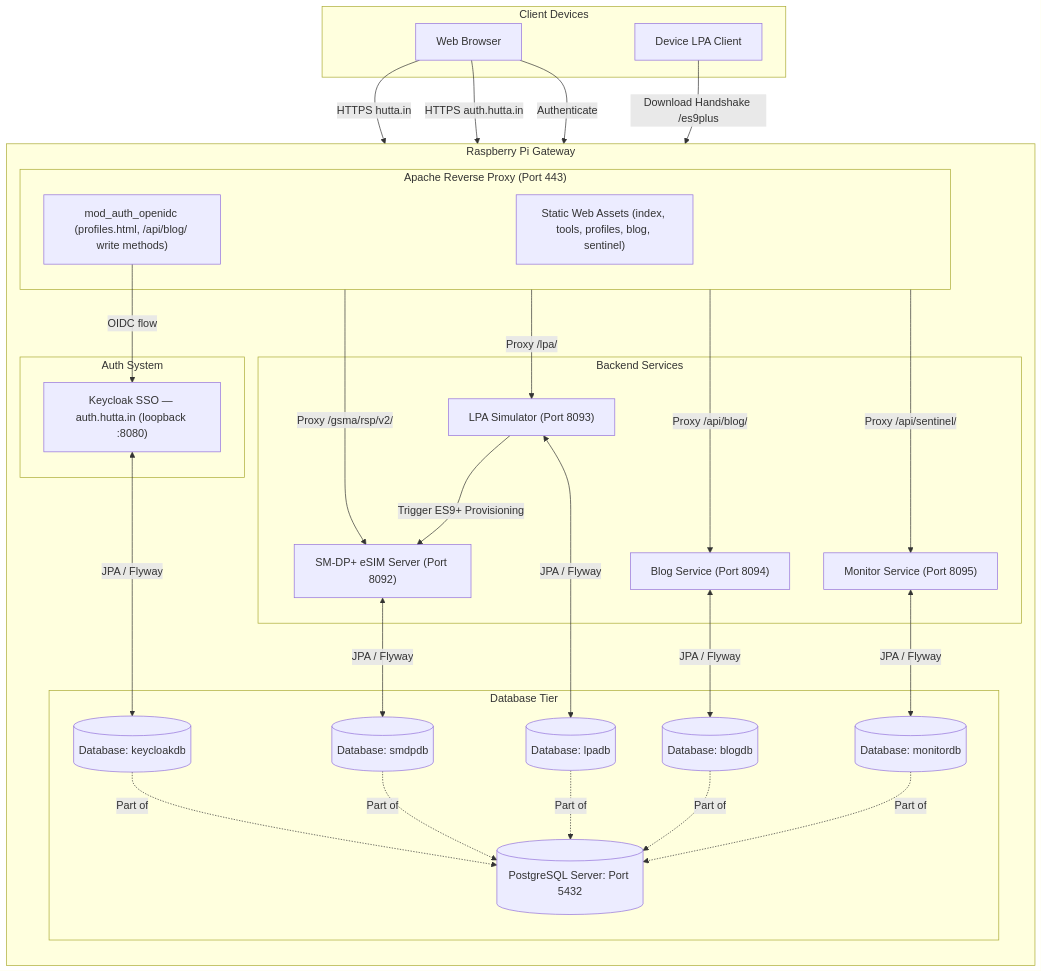
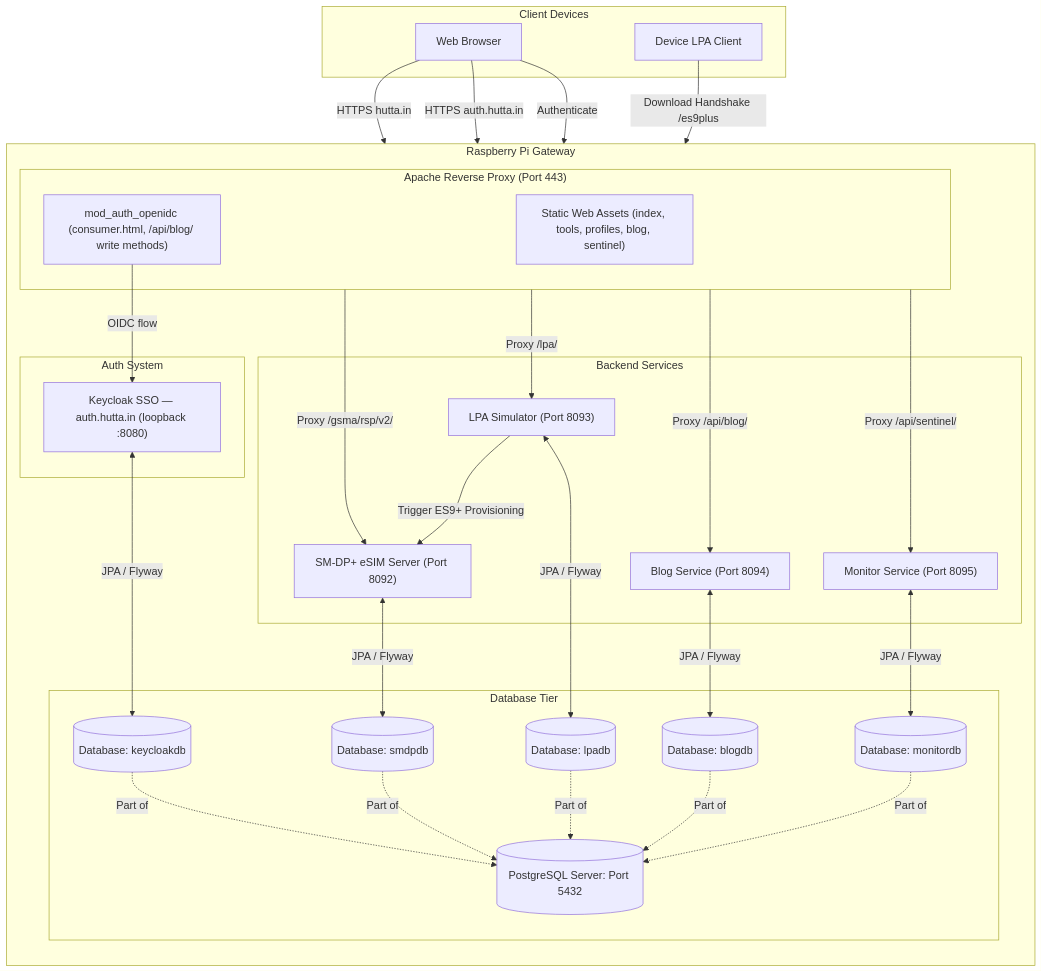
One commit to muku3011/website changed the third of 5 diagrams in README.md. Above: the diagram before and after it, drawn with Mermaid. The commit also changed other lines of this file and 11 other files, not shown here.

Commit message:
refactor: rename profiles.html to consumer.html and apply references globally

````diff
--- a/README.md
+++ b/README.md
@@ -72,63 +72,63 @@
 ```mermaid
 flowchart TD
     subgraph Client ["Client Devices"]
         Browser["Web Browser"]
         LPA_Client["Device LPA Client"]
     end
 
     subgraph RPi ["Raspberry Pi Gateway"]
         direction TB
         subgraph Proxy ["Apache Reverse Proxy (Port 443)"]
             Static["Static Web Assets (index, tools, profiles, blog, sentinel)"]
-            OIDC["mod_auth_openidc (profiles.html, /api/blog/ write methods)"]
+            OIDC["mod_auth_openidc (consumer.html, /api/blog/ write methods)"]
         end
 
         subgraph Auth ["Auth System"]
             Keycloak["Keycloak SSO — auth.hutta.in (loopback :8080)"]
         end
 
         subgraph Backend ["Backend Services"]
             SMDP["SM-DP+ eSIM Server (Port 8092)"]
             LPA_Sim["LPA Simulator (Port 8093)"]
             BlogService["Blog Service (Port 8094)"]
             MonitorService["Monitor Service (Port 8095)"]
         end
 
         subgraph DB ["Database Tier"]
             PostgreSQL[(PostgreSQL Server: Port 5432)]
             smdpdb[(Database: smdpdb)]
             lpadb[(Database: lpadb)]
             keycloakdb[(Database: keycloakdb)]
             blogdb[(Database: blogdb)]
             monitordb[(Database: monitordb)]
         end
     end
 
     %% Client Access
     Browser -->|HTTPS hutta.in| Static
     Browser -->|HTTPS auth.hutta.in| Keycloak
     Browser -->|Authenticate| OIDC
     LPA_Client -->|Download Handshake /es9plus| SMDP
 
     %% Proxy Routing
     OIDC -->|OIDC flow| Keycloak
     Proxy -->|Proxy /gsma/rsp/v2/| SMDP
     Proxy -->|Proxy /lpa/| LPA_Sim
     Proxy -->|Proxy /api/blog/| BlogService
     Proxy -->|Proxy /api/sentinel/| MonitorService
 
     %% Authentication
     Keycloak <-->|JPA / Flyway| keycloakdb
 
     %% eSIM provisioning & database
     LPA_Sim -->|Trigger ES9+ Provisioning| SMDP
     SMDP <-->|JPA / Flyway| smdpdb
     LPA_Sim <-->|JPA / Flyway| lpadb
     BlogService <-->|JPA / Flyway| blogdb
     MonitorService <-->|JPA / Flyway| monitordb
     smdpdb -.->|Part of| PostgreSQL
     lpadb -.->|Part of| PostgreSQL
     keycloakdb -.->|Part of| PostgreSQL
     blogdb -.->|Part of| PostgreSQL
     monitordb -.->|Part of| PostgreSQL
 ```
````
